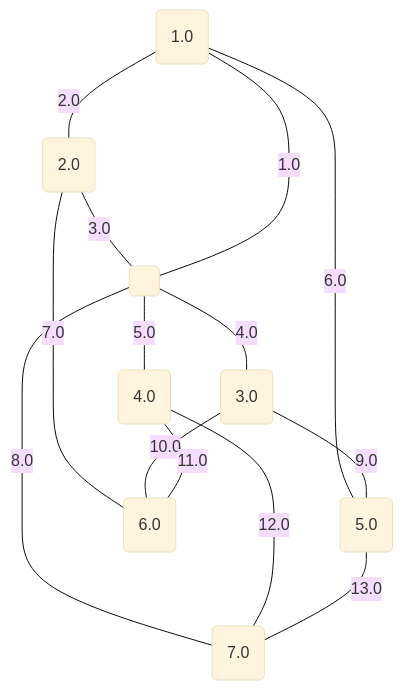
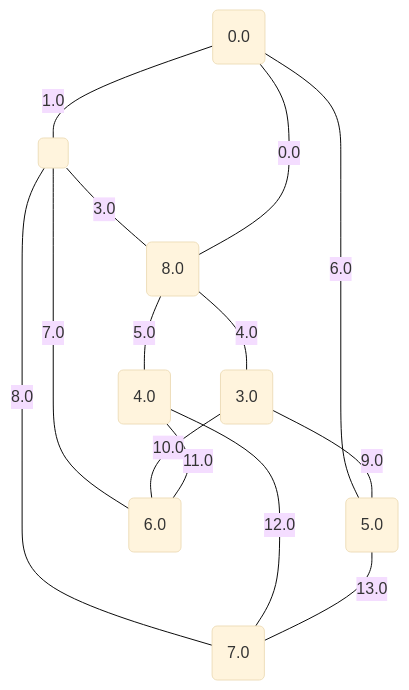
The fifth of 17 diagrams in project/src/testing/minCutPetersen.md (metury/graphs), drawn with Mermaid (base theme) before and after one commit. The commit also changed other lines of this file and 78 other files, not shown here.

````diff
--- a/project/src/testing/minCutPetersen.md
+++ b/project/src/testing/minCutPetersen.md
@@ -135,24 +135,24 @@
 ```mermaid
 graph TD;
-0("1.0");
-1("2.0");
-2("3.0");
-3("4.0");
-4("5.0");
-5("6.0");
-6("7.0");
+0("0.0");
+1("3.0");
+2("4.0");
+3("5.0");
+4("6.0");
+5("7.0");
+6("8.0");
 7(" ");
-	7 -- "1.0" --- 0;
-	0 -- "2.0" --- 1;
-	1 -- "3.0" --- 7;
-	7 -- "4.0" --- 2;
-	7 -- "5.0" --- 3;
-	0 -- "6.0" --- 4;
-	1 -- "7.0" --- 5;
-	7 -- "8.0" --- 6;
-	2 -- "9.0" --- 4;
-	2 -- "10.0" --- 5;
-	3 -- "11.0" --- 5;
-	3 -- "12.0" --- 6;
-	4 -- "13.0" --- 6;
+	6 -- "0.0" --- 0;
+	0 -- "1.0" --- 7;
+	7 -- "3.0" --- 6;
+	6 -- "4.0" --- 1;
+	6 -- "5.0" --- 2;
+	0 -- "6.0" --- 3;
+	7 -- "7.0" --- 4;
+	7 -- "8.0" --- 5;
+	1 -- "9.0" --- 3;
+	1 -- "10.0" --- 4;
+	2 -- "11.0" --- 4;
+	2 -- "12.0" --- 5;
+	3 -- "13.0" --- 5;
 ```
````
